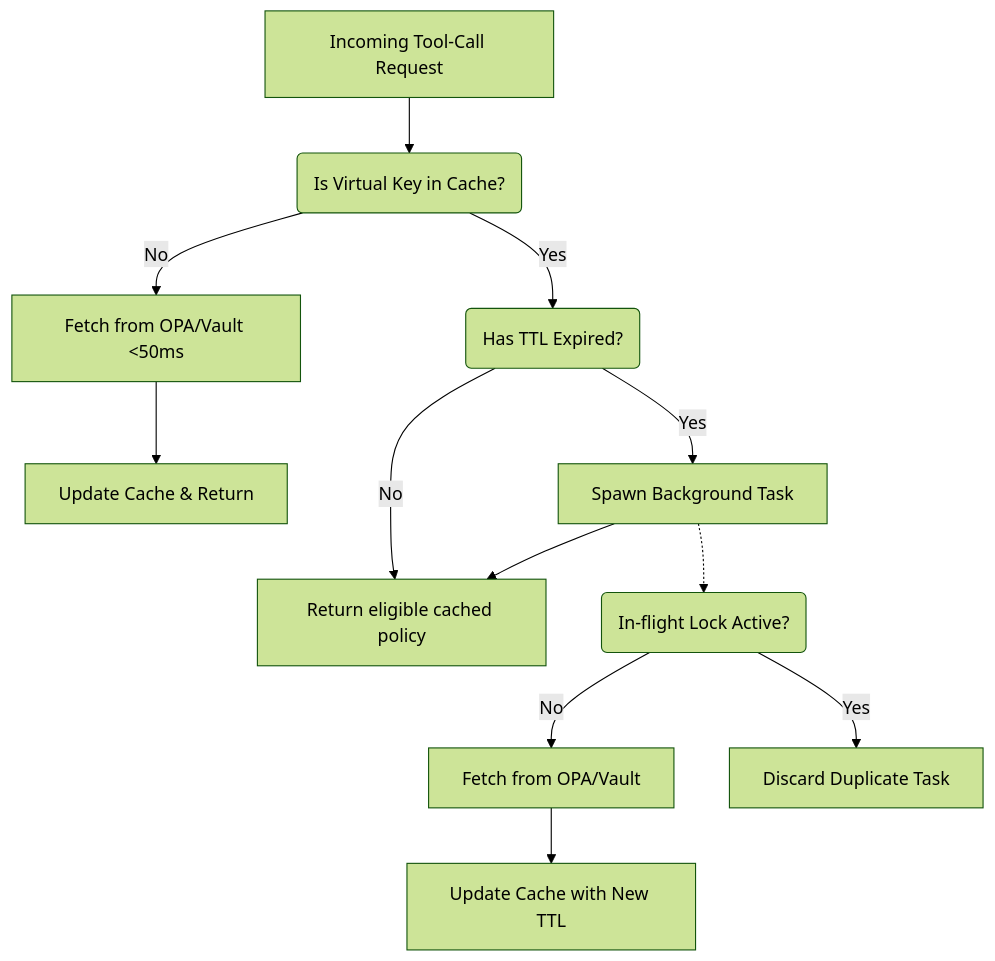
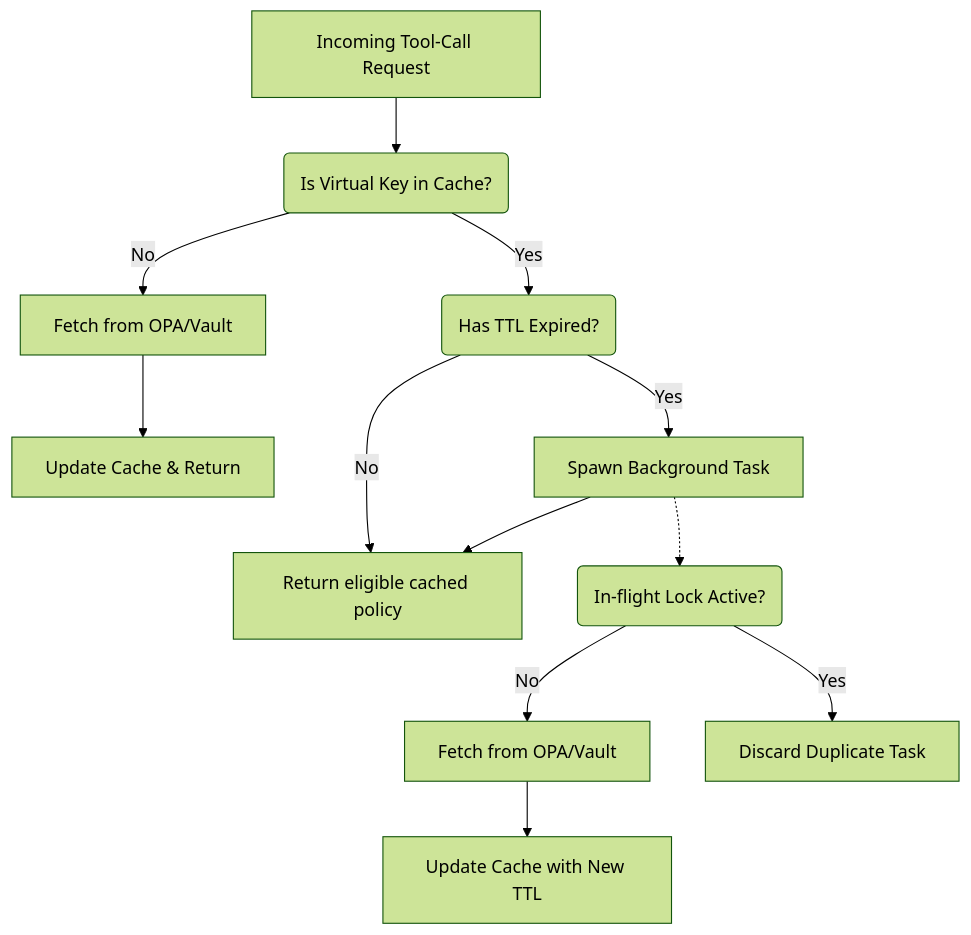
One commit to ninadphalak/LLM-Shield-Proxy changed the diagram in website/docs/features/ultra-low-latency-streaming-traffic-engineering/opa-vault-rbac-resolvers.md. Above: the diagram before and after it, drawn with Mermaid (forest theme). The commit also changed other lines of this file and 81 other files, not shown here.

````diff
--- a/website/docs/features/ultra-low-latency-streaming-traffic-engineering/opa-vault-rbac-resolvers.md
+++ b/website/docs/features/ultra-low-latency-streaming-traffic-engineering/opa-vault-rbac-resolvers.md
@@ -17,14 +19,14 @@
 ```mermaid
 flowchart TD
     A[Incoming Tool-Call Request] --> B(Is Virtual Key in Cache?)
-    B -->|No| C[Fetch from OPA/Vault &lt;50ms]
+    B -->|No| C[Fetch from OPA/Vault]
     C --> D[Update Cache & Return]
     B -->|Yes| E(Has TTL Expired?)
     E -->|No| F[Return eligible cached policy]
     E -->|Yes| G[Spawn Background Task]
     G --> F
     G -.-> H(In-flight Lock Active?)
     H -->|No| I[Fetch from OPA/Vault]
     I --> J[Update Cache with New TTL]
     H -->|Yes| K[Discard Duplicate Task]
 ```
````
